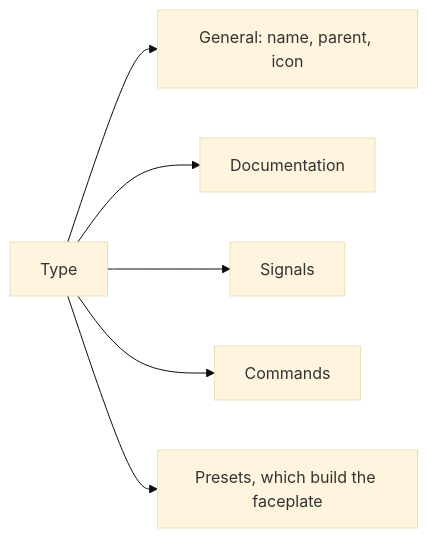
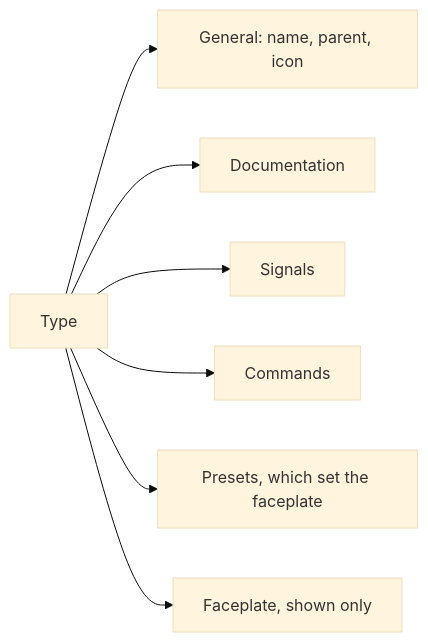
Before and after one commit to AlexandreGallais/synoptic-studio-spec: the fifth of 10 diagrams in metadata/01-types.md, drawn with Mermaid (base theme). The commit also changed other lines of this file and 5 other files, not shown here.

````diff
--- a/metadata/01-types.md
+++ b/metadata/01-types.md
@@ -80,8 +80,9 @@
 ```mermaid
 flowchart LR
     T[Type] --> G[General: name, parent, icon]
     T --> DO[Documentation]
     T --> P[Signals]
     T --> C[Commands]
-    T --> R[Presets, which build the faceplate]
+    T --> R[Presets, which set the faceplate]
+    T --> F[Faceplate, shown only]
 ```
````
